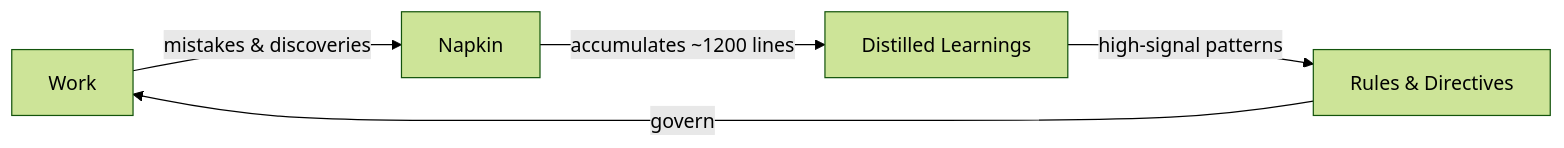
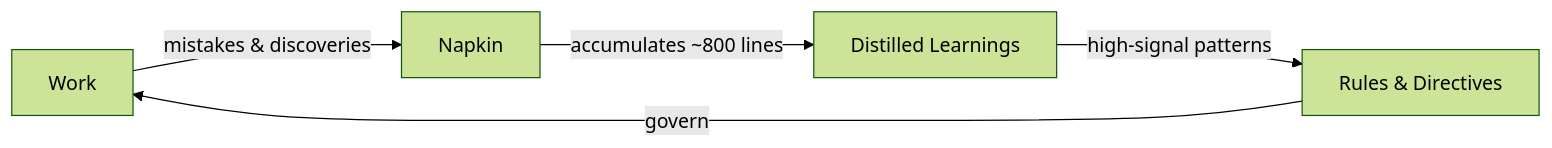
Before and after one commit to oaknational/oak-open-curriculum-ecosystem: the second of 4 diagrams in .agent/directives/practice.md, drawn with Mermaid (forest theme). The commit also changed other lines of this file and 121 other files, not shown here.

````diff
--- a/.agent/directives/practice.md
+++ b/.agent/directives/practice.md
@@ -56,7 +56,7 @@
 ```mermaid
 graph LR
     W[Work] -->|mistakes & discoveries| N[Napkin]
-    N -->|accumulates ~1200 lines| D[Distilled Learnings]
+    N -->|accumulates ~800 lines| D[Distilled Learnings]
     D -->|high-signal patterns| R[Rules & Directives]
     R -->|govern| W
 ```
````
